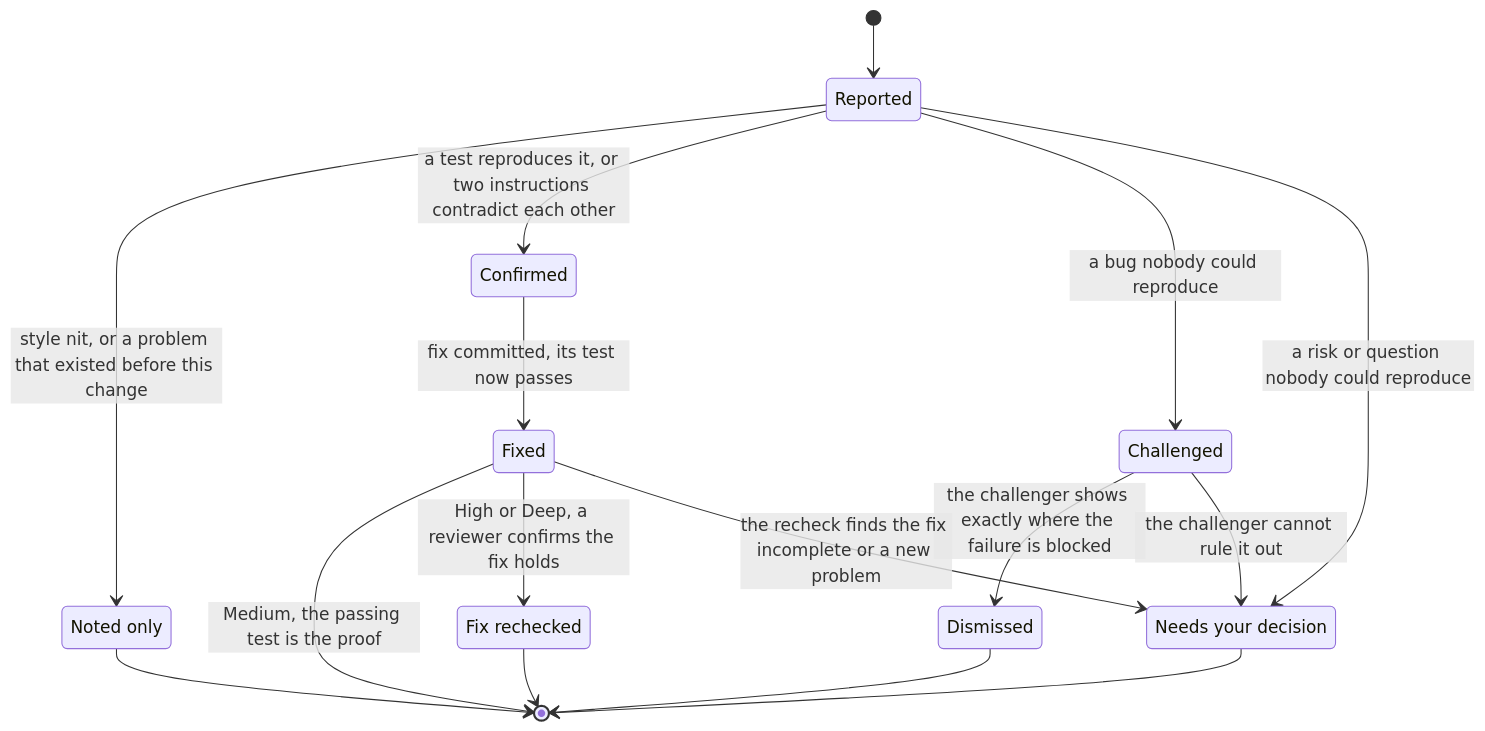
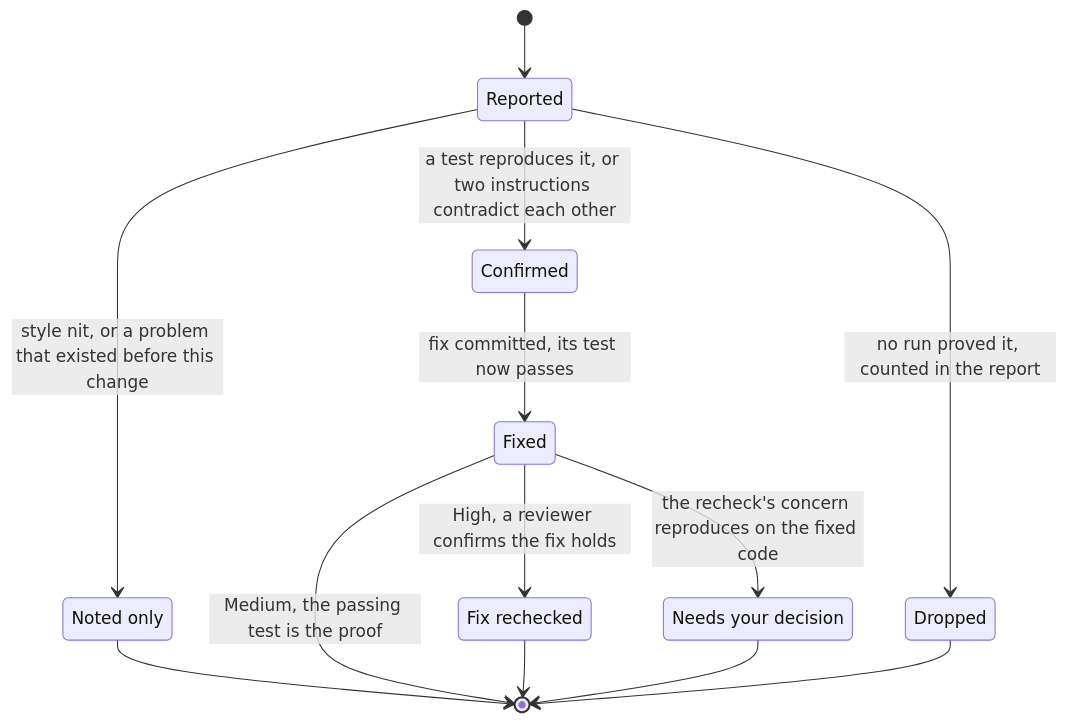
The second of 2 diagrams in docs/review.md (jvillegasd/harness), drawn with Mermaid before and after one commit. The commit also changed other lines of this file and 69 other files, not shown here.

````diff
--- a/docs/review.md
+++ b/docs/review.md
@@ -56,27 +51,23 @@
 ```mermaid
 stateDiagram-v2
   state "Reported" as Reported
   state "Confirmed" as Confirmed
-  state "Challenged" as Challenged
-  state "Dismissed" as Refuted
+  state "Dropped" as Dropped
   state "Fixed" as Fixed
   state "Fix rechecked" as Rechecked
   state "Needs your decision" as Decision
   state "Noted only" as Advisory
 
   [*] --> Reported
   Reported --> Advisory: style nit, or a problem that existed before this change
   Reported --> Confirmed: a test reproduces it, or two instructions contradict each other
-  Reported --> Challenged: a bug nobody could reproduce
-  Reported --> Decision: a risk or question nobody could reproduce
-  Challenged --> Refuted: the challenger shows exactly where the failure is blocked
-  Challenged --> Decision: the challenger cannot rule it out
+  Reported --> Dropped: no run proved it, counted in the report
   Confirmed --> Fixed: fix committed, its test now passes
   Fixed --> [*]: Medium, the passing test is the proof
-  Fixed --> Rechecked: High or Deep, a reviewer confirms the fix holds
-  Fixed --> Decision: the recheck finds the fix incomplete or a new problem
+  Fixed --> Rechecked: High, a reviewer confirms the fix holds
+  Fixed --> Decision: the recheck's concern reproduces on the fixed code
   Rechecked --> [*]
-  Refuted --> [*]
+  Dropped --> [*]
   Advisory --> [*]
   Decision --> [*]
 ```
````
